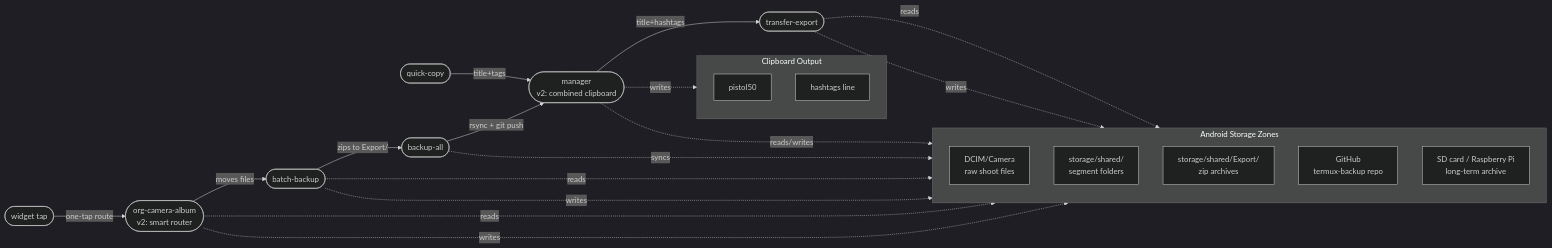
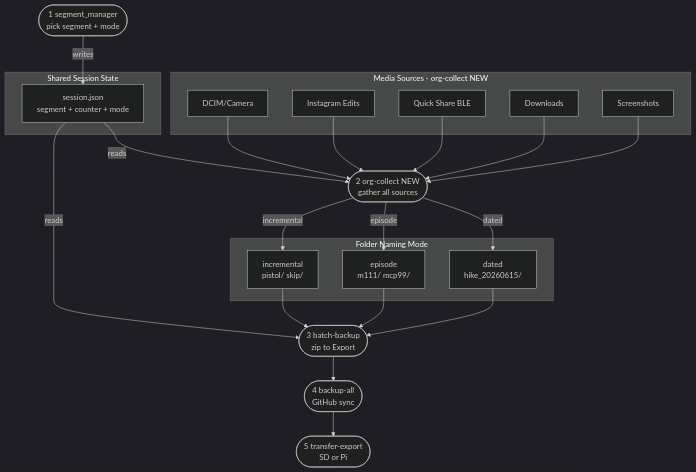
One commit to SamuelDixxon/termux-backup changed the third of 8 diagrams in README.md. Above: the diagram before and after it, drawn with Mermaid (dark theme). The commit also changed other lines of this file, not shown here.

````diff
--- a/README.md
+++ b/README.md
@@ -48,35 +127,45 @@
 ```mermaid
-flowchart LR
-    W([widget tap]) -->|one-tap route| A
-    Q([quick-copy]) -->|title+tags| D
-
-    A([org-camera-album\nv2: smart router]) -->|moves files| B([batch-backup])
-    B -->|zips to Export/| C([backup-all])
-    C -->|rsync + git push| D([manager\nv2: combined clipboard])
-    D -->|title+hashtags| E([transfer-export])
-
-    subgraph storage [Android Storage Zones]
-        direction TB
-        S1[DCIM/Camera\nraw shoot files]
-        S2[storage/shared/\nsegment folders]
-        S3[storage/shared/Export/\nzip archives]
-        S4[GitHub\ntermux-backup repo]
-        S5[SD card / Raspberry Pi\nlong-term archive]
+flowchart TD
+    subgraph session [Shared Session State]
+        SJ[session.json
+segment + counter + mode]
     end
 
-    subgraph clipboard [Clipboard Output]
-        direction TB
-        CL1[pistol50]
-        CL2[hashtags line]
+    subgraph sources [Media Sources - org-collect NEW]
+        S1[DCIM/Camera]
+        S2[Instagram Edits]
+        S3[Quick Share BLE]
+        S4[Downloads]
+        S5[Screenshots]
     end
 
-    A -.->|reads| S1
-    A -.->|writes| S2
-    B -.->|reads| S2
-    B -.->|writes| S3
-    C -.->|syncs| S4
-    D -.->|reads/writes| S2
-    D -.->|writes| clipboard
-    E -.->|reads| S3
-    E -.->|writes| S5
+    subgraph modes [Folder Naming Mode]
+        M1[incremental
+pistol/ skip/]
+        M2[episode
+m111/ mcp99/]
+        M3[dated
+hike_20260615/]
+    end
+
+    P1([1 segment_manager
+pick segment + mode]) -->|writes| SJ
+    P2([2 org-collect NEW
+gather all sources])
+    P3([3 batch-backup
+zip to Export])
+    P4([4 backup-all
+GitHub sync])
+    P5([5 transfer-export
+SD or Pi])
+
+    SJ -->|reads| P2
+    SJ -->|reads| P3
+
+    S1 & S2 & S3 & S4 & S5 --> P2
+    P2 -->|incremental| M1
+    P2 -->|episode| M2
+    P2 -->|dated| M3
+    M1 & M2 & M3 --> P3
+    P3 --> P4 --> P5
 ```
````
